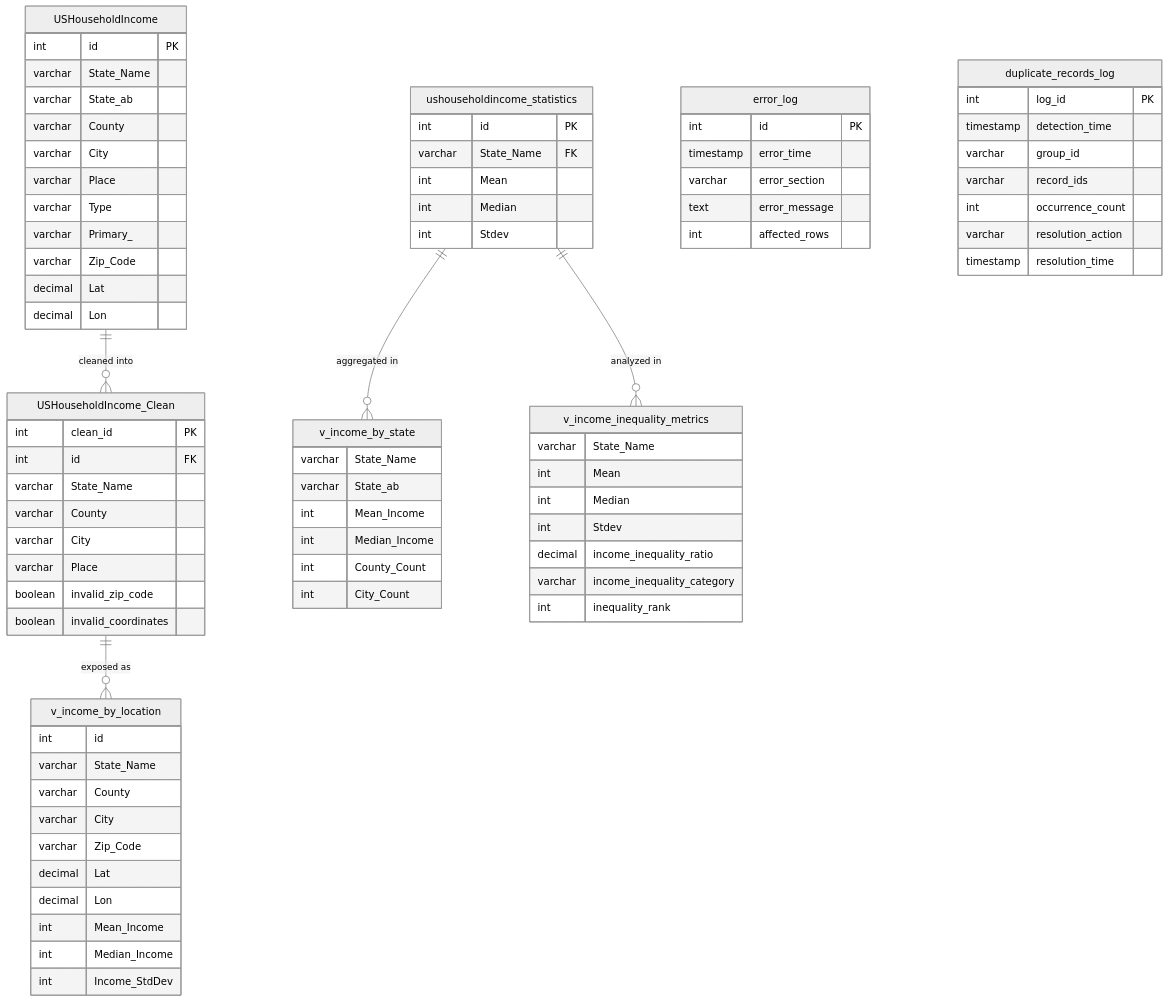
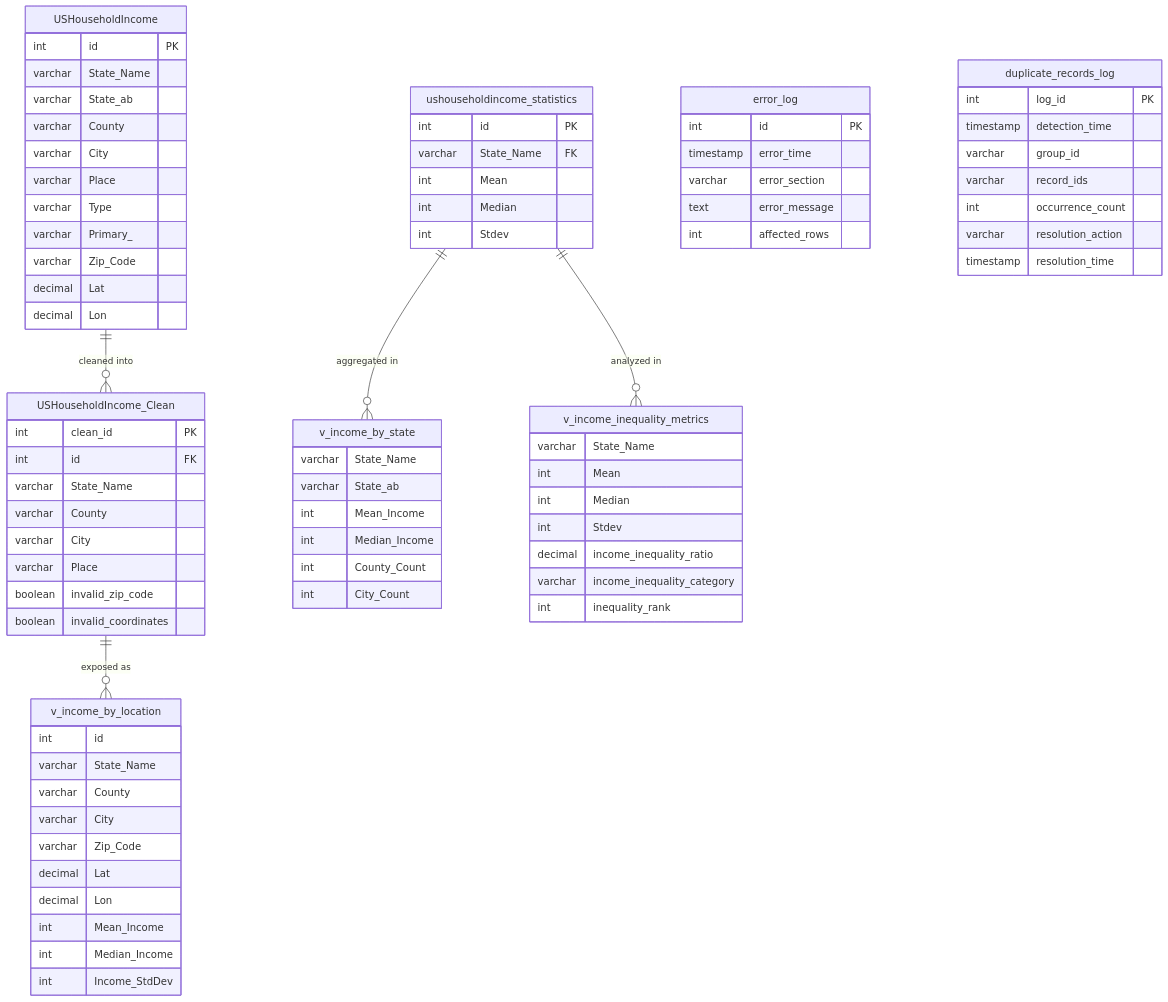
The seventh of 14 diagrams in us-household-income-analysis/README.md (tzolkowski96/tzolkowski96), drawn with Mermaid before and after one commit. The commit also changed other lines of this file, not shown here.

````diff
--- a/us-household-income-analysis/README.md
+++ b/us-household-income-analysis/README.md
@@ -448,5 +452,4 @@
 ```mermaid
-%%{init: {'theme': 'neutral', 'themeVariables': { 'primaryColor': '#5D8AA8', 'fontFamily': 'Arial' }}}%%
 erDiagram
     USHouseholdIncome {
         int id PK
````
